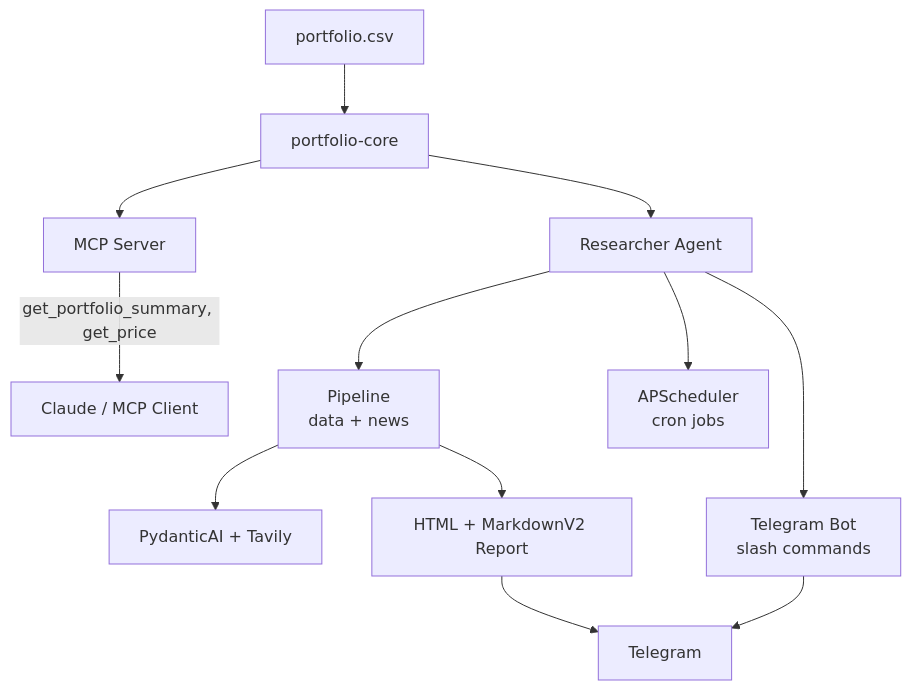
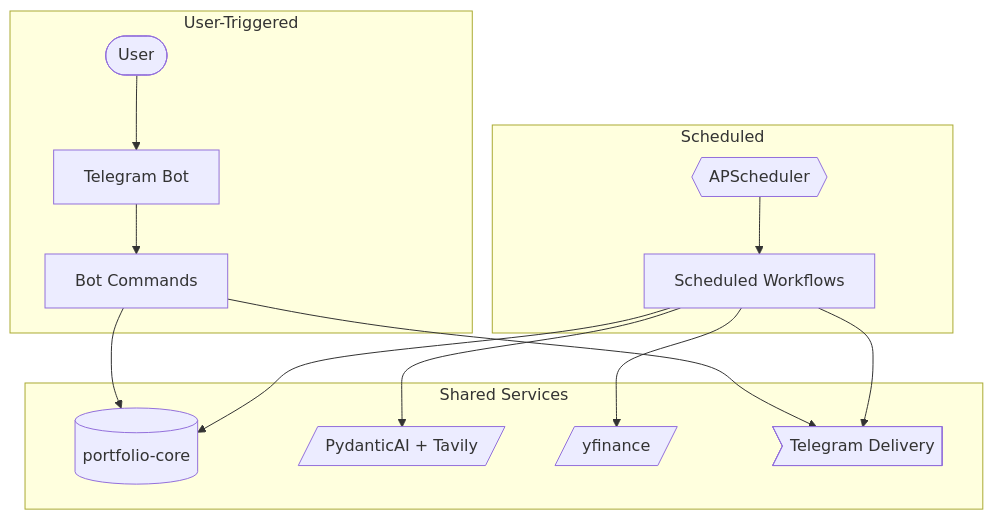
Before and after one commit to PuChenTW/portfolio-report: the diagram in README.md, drawn with Mermaid. The commit also changed 1 other file, not shown here.

Commit message:
docs: update architecture diagram in README files for clarity and structure

````diff
--- a/README.md
+++ b/README.md
@@ -18,14 +18,25 @@
 ```mermaid
 flowchart TD
-    CSV[portfolio.csv] --> Core[portfolio-core]
-    Core --> MCP[MCP Server]
-    Core --> Agent[Researcher Agent]
-    MCP -->|"get_portfolio_summary, get_price"| Claude[Claude / MCP Client]
-    Agent --> Pipeline[Pipeline<br/>data + news]
-    Pipeline --> PydanticAI[PydanticAI + Tavily]
-    Pipeline --> Report[HTML + MarkdownV2 Report]
-    Report --> Telegram[Telegram]
-    Agent --> Scheduler[APScheduler<br/>cron jobs]
-    Agent --> Bot[Telegram Bot<br/>slash commands]
-    Bot --> Telegram
+  subgraph User-Triggered
+    U([User]) --> B[Telegram Bot]
+    B --> H[Bot Commands]
+  end
+
+  subgraph Scheduled
+    S{{APScheduler}} --> W[Scheduled Workflows]
+  end
+
+  subgraph Shared Services
+    PC[(portfolio-core)]
+    AI[/PydanticAI + Tavily/]
+    YF[/yfinance/]
+    TG>Telegram Delivery]
+  end
+
+  H --> PC
+  H --> TG
+  W --> PC
+  W --> AI
+  W --> YF
+  W --> TG
 ```
````
